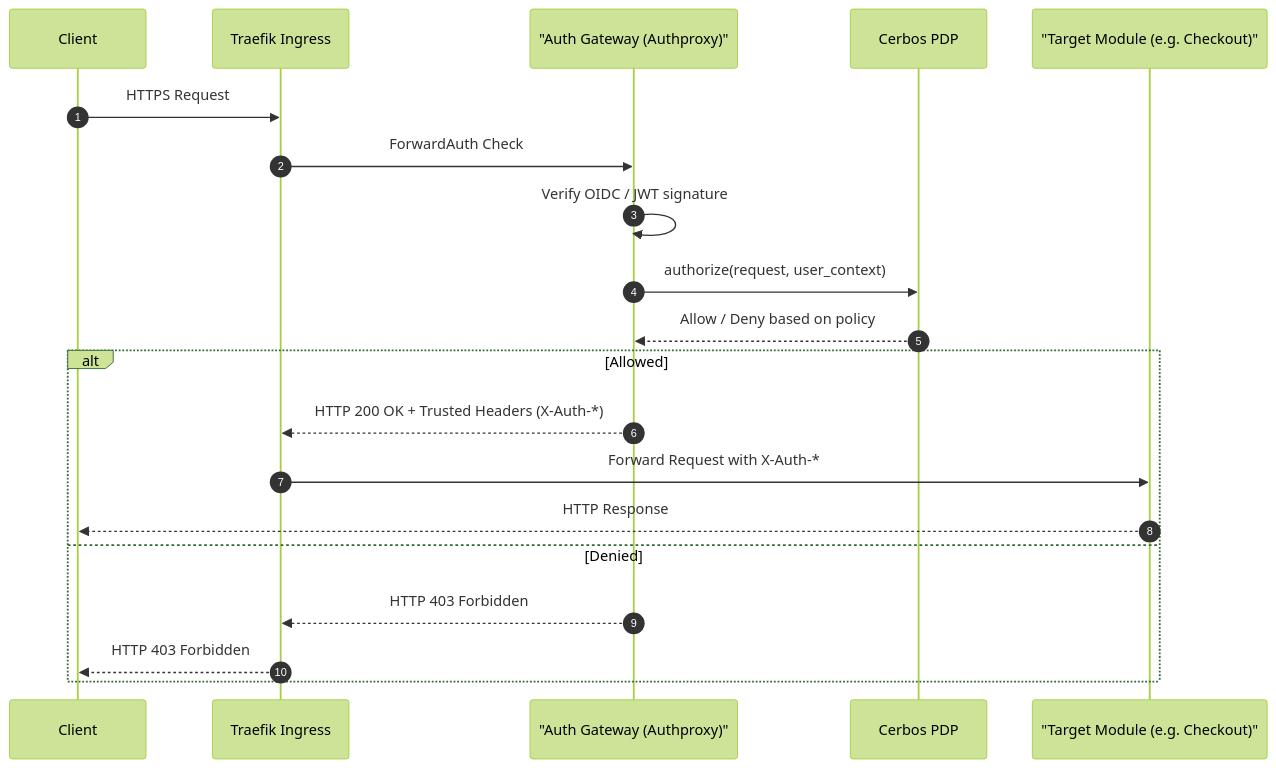
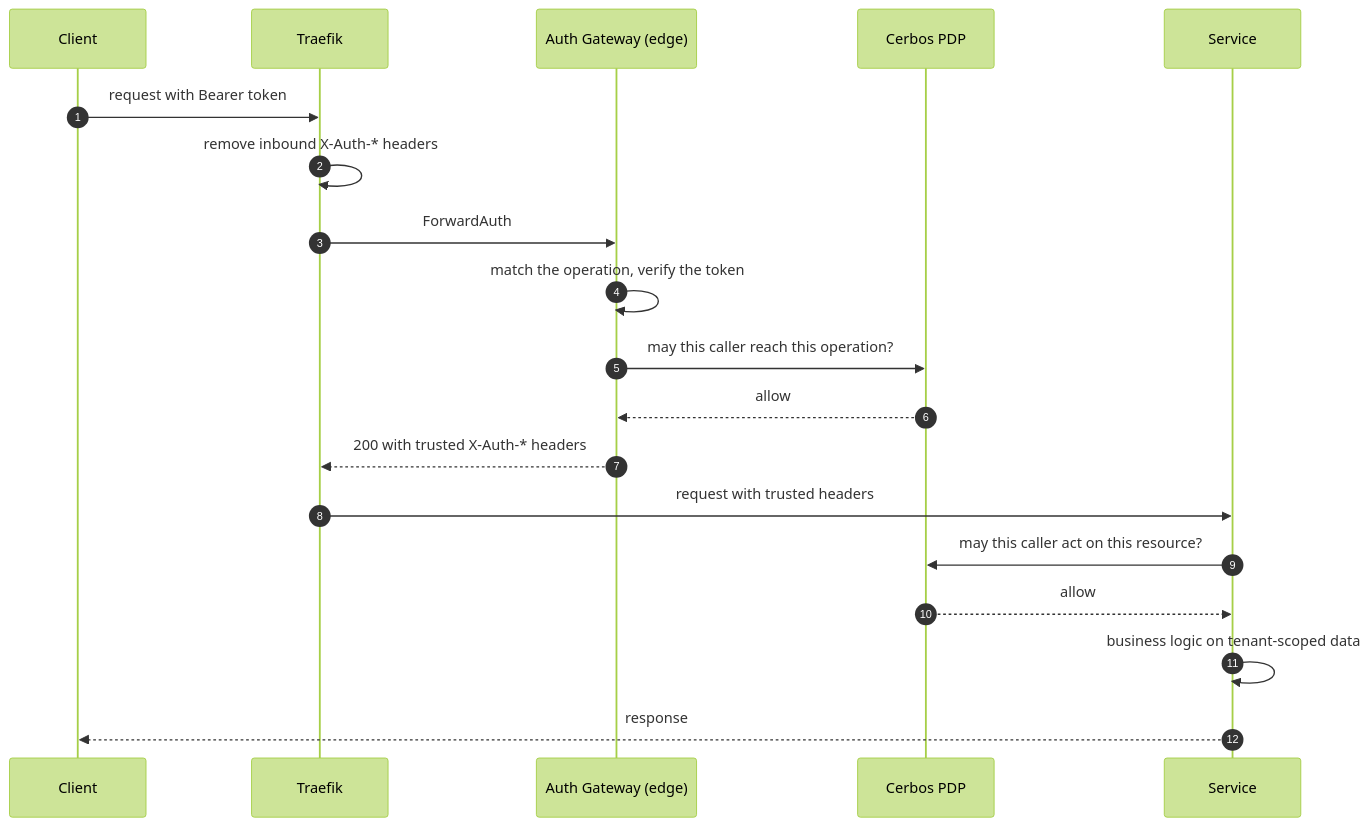
The first of 5 diagrams in introduction/architecture.md (Labs64/labs64.io-docs), drawn with Mermaid (forest theme) before and after one commit. The commit also changed other lines of this file and 50 other files, not shown here.

First line of the commit message:
Make the public docs the primary architecture and module reference

````diff
--- a/introduction/architecture.md
+++ b/introduction/architecture.md
@@ -15,24 +27,22 @@
 ```mermaid
 sequenceDiagram
     autonumber
     participant C as Client
-    participant T as Traefik Ingress
-    participant AP as "Auth Gateway (Authproxy)"
+    participant T as Traefik
+    participant AG as Auth Gateway (edge)
     participant PDP as Cerbos PDP
-    participant M as "Target Module (e.g. Checkout)"
+    participant M as Service
 
-    C->>T: HTTPS Request
-    T->>AP: ForwardAuth Check
-    AP->>AP: Verify OIDC / JWT signature
-    AP->>PDP: authorize(request, user_context)
-    PDP-->>AP: Allow / Deny based on policy
-    
-    alt Allowed
-        AP-->>T: HTTP 200 OK + Trusted Headers (X-Auth-*)
-        T->>M: Forward Request with X-Auth-*
-        M-->>C: HTTP Response
-    else Denied
-        AP-->>T: HTTP 403 Forbidden
-        T-->>C: HTTP 403 Forbidden
-    end
+    C->>T: request with Bearer token
+    T->>T: remove inbound X-Auth-* headers
+    T->>AG: ForwardAuth
+    AG->>AG: match the operation, verify the token
+    AG->>PDP: may this caller reach this operation?
+    PDP-->>AG: allow
+    AG-->>T: 200 with trusted X-Auth-* headers
+    T->>M: request with trusted headers
+    M->>PDP: may this caller act on this resource?
+    PDP-->>M: allow
+    M->>M: business logic on tenant-scoped data
+    M-->>C: response
 ```
````
